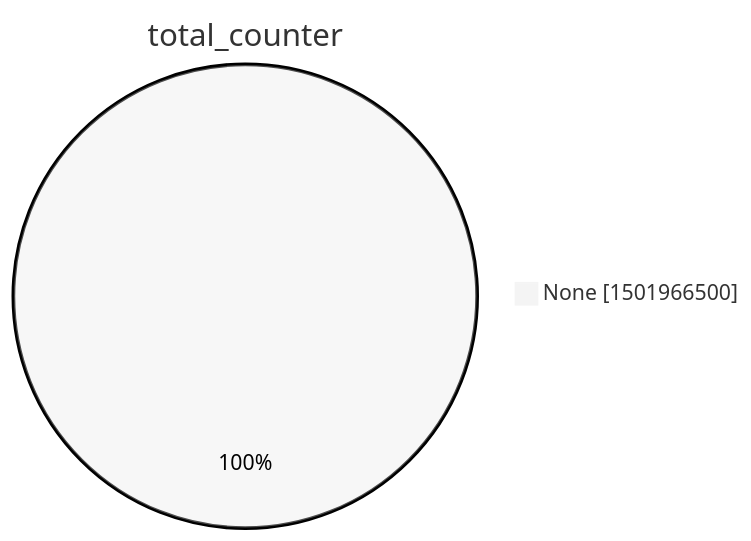
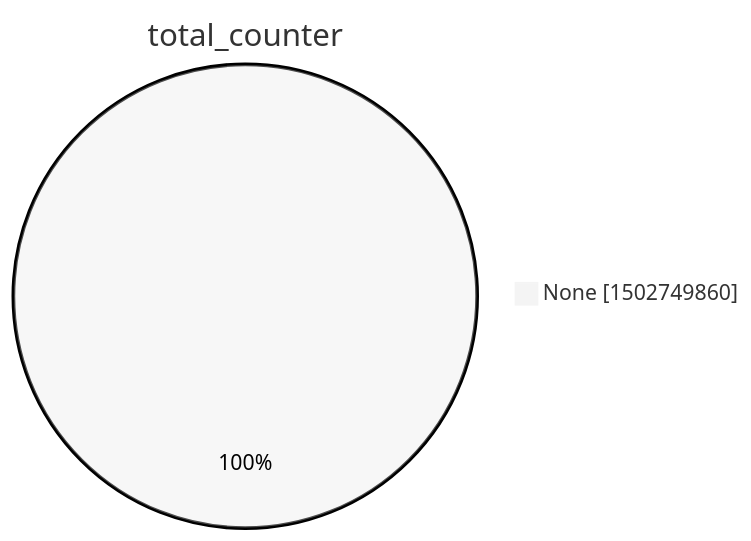
The second of 15 diagrams in xenon2022/README.md (christiankrug/ctmonitor_visualization), drawn with Mermaid (neutral theme) before and after one commit. The commit also changed other lines of this file, not shown here.

````diff
--- a/xenon2022/README.md
+++ b/xenon2022/README.md
@@ -9,5 +9,5 @@
 ```mermaid
 pie showData
 title total_counter
-"None" :1501966500
+"None" :1502749860
 ```
````
